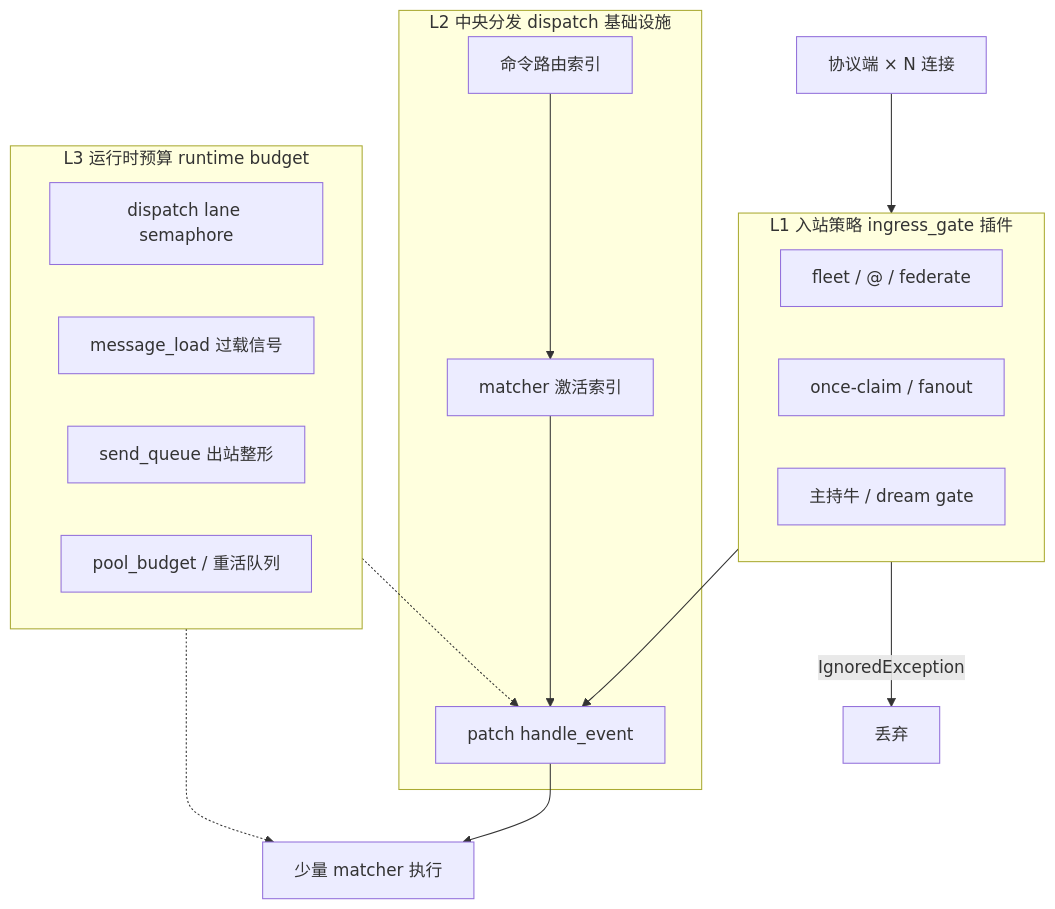
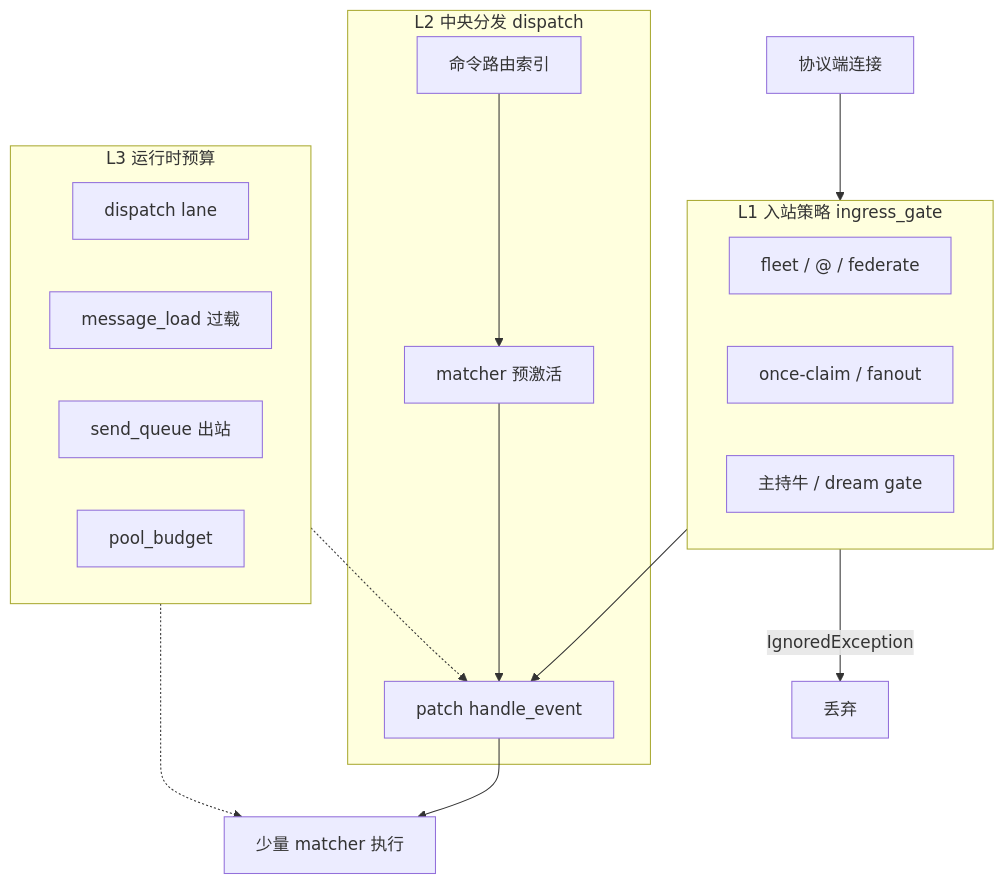
Before and after one commit to TogetsuDo/Pallas-Bot: the first of 2 diagrams in docs/architecture/central-ingress-dispatch.md, drawn with Mermaid. The commit also changed other lines of this file and 6 other files, not shown here.

````diff
--- a/docs/architecture/central-ingress-dispatch.md
+++ b/docs/architecture/central-ingress-dispatch.md
@@ -50,26 +37,26 @@
 ```mermaid
 flowchart TB
-  subgraph L1["L1 入站策略 ingress_gate 插件"]
+  subgraph L1["L1 入站策略 ingress_gate"]
     F[fleet / @ / federate]
     C[once-claim / fanout]
     G[主持牛 / dream gate]
   end
-  subgraph L2["L2 中央分发 dispatch 基础设施"]
+  subgraph L2["L2 中央分发 dispatch"]
     R[命令路由索引]
-    A[matcher 激活索引]
+    A[matcher 预激活]
     H[patch handle_event]
   end
-  subgraph L3["L3 运行时预算 runtime budget"]
-    L[dispatch lane semaphore]
-    O[message_load 过载信号]
-    S[send_queue 出站整形]
-    P[pool_budget / 重活队列]
+  subgraph L3["L3 运行时预算"]
+    L[dispatch lane]
+    O[message_load 过载]
+    S[send_queue 出站]
+    P[pool_budget]
   end
-  MSG[协议端 × N 连接] --> L1
+  MSG[协议端连接] --> L1
   L1 -->|IgnoredException| DROP[丢弃]
   L1 --> H
   R --> A --> H
   H --> MATCH[少量 matcher 执行]
   L3 -.-> H
   L3 -.-> MATCH
 ```
````
